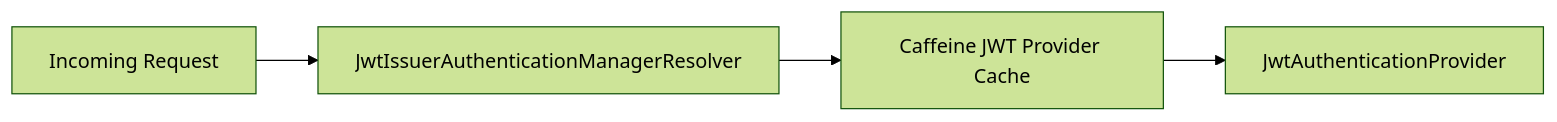
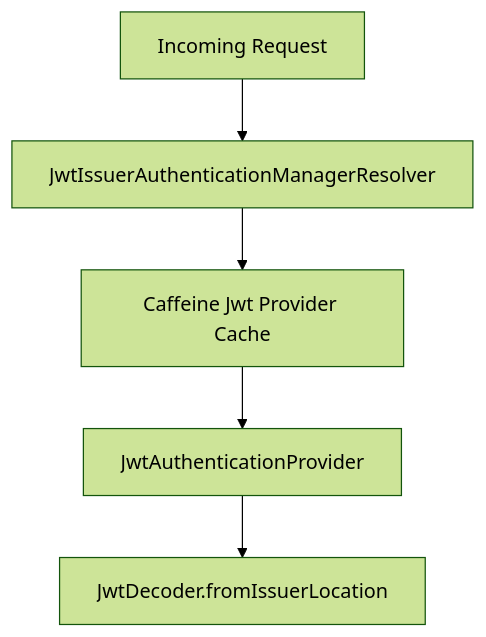
Before and after one commit to Praesto-Pro/openframe-oss-tenant: the third of 5 diagrams in docs/architecture/api-service-core/api-service-core.md, drawn with Mermaid (forest theme). The commit also changed other lines of this file and 149 other files, not shown here.

````diff
--- a/docs/architecture/api-service-core/api-service-core.md
+++ b/docs/architecture/api-service-core/api-service-core.md
@@ -156,6 +128,7 @@
 ```mermaid
-flowchart LR
-    Request["Incoming Request"] --> JwtResolver["JwtIssuerAuthenticationManagerResolver"]
-    JwtResolver --> Cache["Caffeine JWT Provider Cache"]
-    Cache --> JwtProvider["JwtAuthenticationProvider"]
+flowchart TD
+    Request["Incoming Request"] --> Resolver["JwtIssuerAuthenticationManagerResolver"]
+    Resolver --> Cache["Caffeine Jwt Provider Cache"]
+    Cache --> Provider["JwtAuthenticationProvider"]
+    Provider --> Decoder["JwtDecoder.fromIssuerLocation"]
 ```
````
